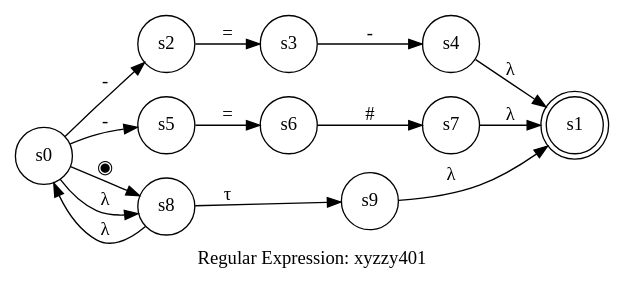
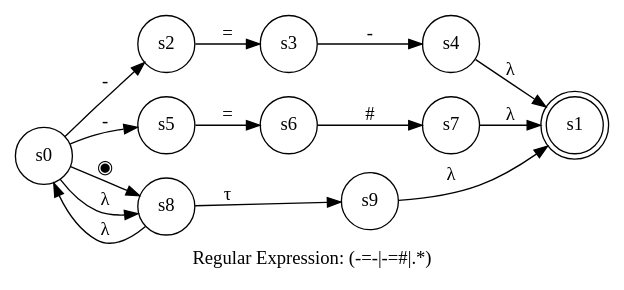
The diagram in ref/nfa_0027.gv (pschlump/lexie), drawn with Graphviz before and after one commit. The commit also changed 70 other files, not shown here.

```diff
--- a/ref/nfa_0027.gv
+++ b/ref/nfa_0027.gv
@@ -1,20 +1,20 @@
 digraph finite_state_machine {
-	label="Regular Expression: xyzzy401";
+	label="Regular Expression: (-=-|-=#|.*)";
 	rankdir=LR;
 	size="8,5"
 	node [shape = doublecircle]; s1;
 	node [shape = circle];
 	s0 -> s2 [ label = "-" ];
 	s0 -> s5 [ label = "-" ];
 	s0 -> s8 [ label = "◉" ];
 	s0 -> s8 [ label = "λ" ];
 	s2 -> s3 [ label = "=" ];
 	s3 -> s4 [ label = "-" ];
 	s4 -> s1 [ label = "λ" ];
 	s5 -> s6 [ label = "=" ];
 	s6 -> s7 [ label = "#" ];
 	s7 -> s1 [ label = "λ" ];
 	s8 -> s0 [ label = "λ" ];
 	s8 -> s9 [ label = "τ" ];
 	s9 -> s1 [ label = "λ" ];
 }
```
